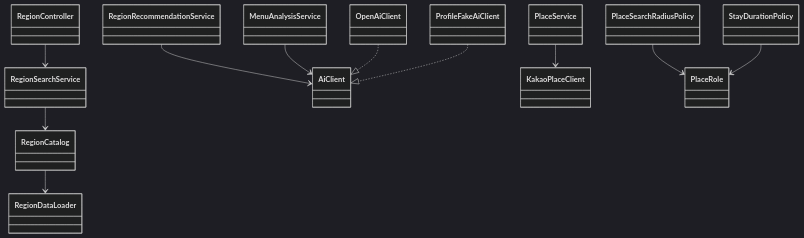
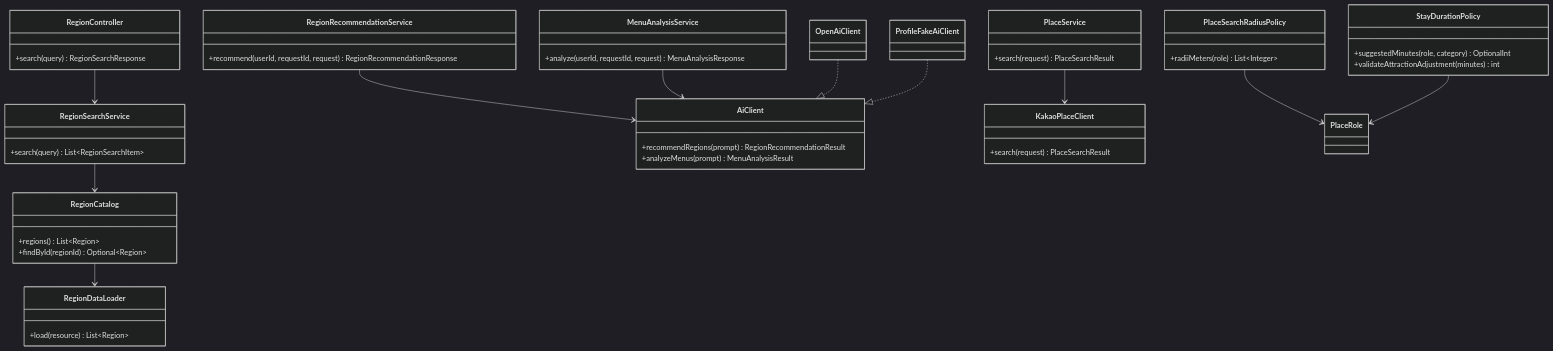
The third of 5 diagrams in README.md (Nerororo/Project_AI_Travel_Assistant), drawn with Mermaid (dark theme) before and after one commit. The commit also changed other lines of this file, not shown here.

````diff
--- a/README.md
+++ b/README.md
@@ -228,30 +253,55 @@
 ```mermaid
 classDiagram
 direction TB
 
-class RegionController
-class RegionSearchService
-class RegionCatalog
-class RegionDataLoader
-class RegionRecommendationService
-class MenuAnalysisService
-class AiClient
+class RegionController {
+  +search(query) RegionSearchResponse
+}
+class RegionSearchService {
+  +search(query) List~RegionSearchItem~
+}
+class RegionCatalog {
+  +regions() List~Region~
+  +findById(regionId) Optional~Region~
+}
+class RegionDataLoader {
+  +load(resource) List~Region~
+}
+class RegionRecommendationService {
+  +recommend(userId, requestId, request) RegionRecommendationResponse
+}
+class MenuAnalysisService {
+  +analyze(userId, requestId, request) MenuAnalysisResponse
+}
+class AiClient {
+  +recommendRegions(prompt) RegionRecommendationResult
+  +analyzeMenus(prompt) MenuAnalysisResult
+}
 class OpenAiClient
 class ProfileFakeAiClient
-class PlaceService
-class KakaoPlaceClient
+class PlaceService {
+  +search(request) PlaceSearchResult
+}
+class KakaoPlaceClient {
+  +search(request) PlaceSearchResult
+}
 class PlaceRole
-class PlaceSearchRadiusPolicy
-class StayDurationPolicy
+class PlaceSearchRadiusPolicy {
+  +radiiMeters(role) List~Integer~
+}
+class StayDurationPolicy {
+  +suggestedMinutes(role, category) OptionalInt
+  +validateAttractionAdjustment(minutes) int
+}
 
 RegionController --> RegionSearchService
 RegionSearchService --> RegionCatalog
 RegionCatalog --> RegionDataLoader
 RegionRecommendationService --> AiClient
 MenuAnalysisService --> AiClient
 OpenAiClient ..|> AiClient
 ProfileFakeAiClient ..|> AiClient
 PlaceService --> KakaoPlaceClient
 PlaceSearchRadiusPolicy --> PlaceRole
 StayDurationPolicy --> PlaceRole
 ```
````
